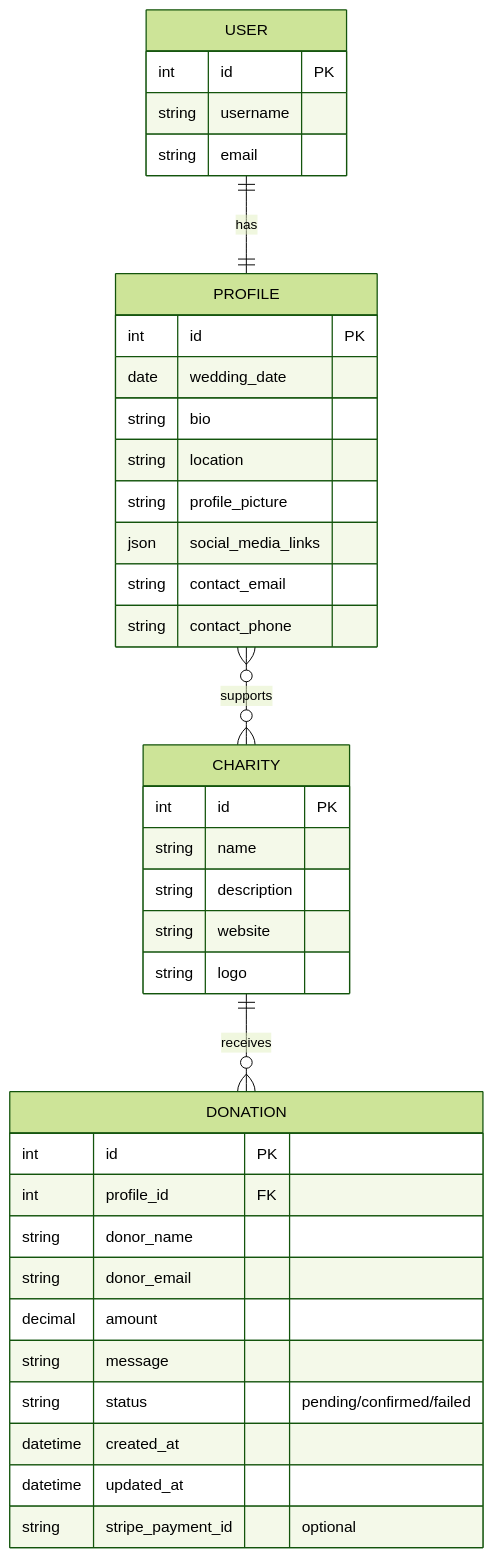
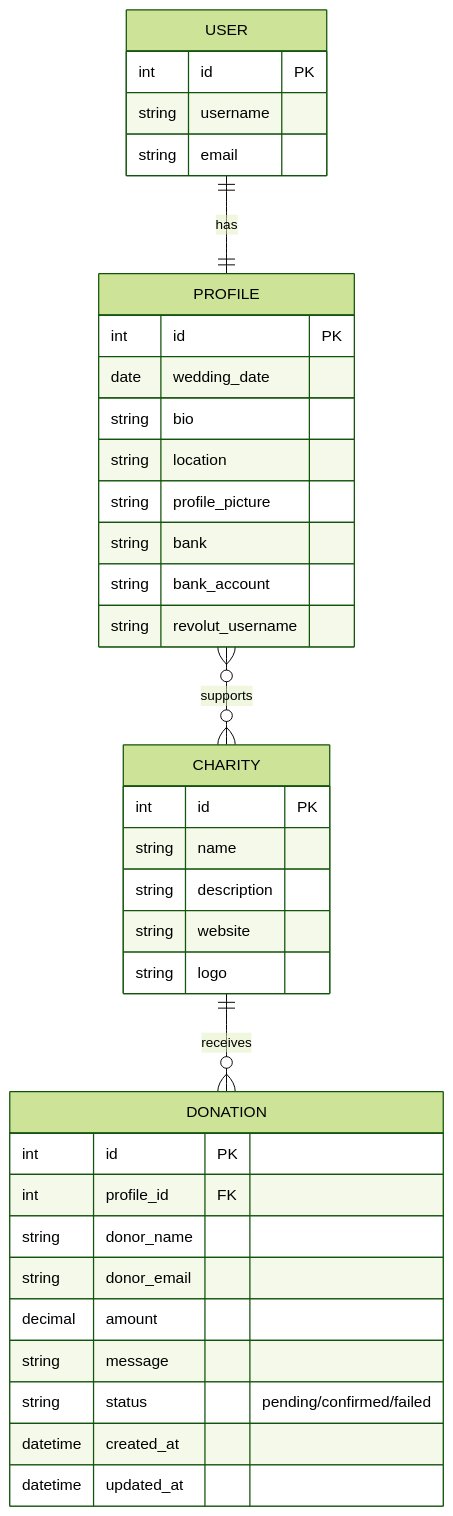
One commit to alanmaizon/love changed the first of 3 diagrams in README.md. Above: the diagram before and after it, drawn with Mermaid (forest theme).

````diff
--- a/README.md
+++ b/README.md
@@ -111,41 +111,40 @@
 ```mermaid
 erDiagram
     USER {
       int id PK
       string username
       string email
     }
     PROFILE {
       int id PK
       date wedding_date
       string bio
       string location
       string profile_picture
-      json social_media_links
-      string contact_email
-      string contact_phone
+      string bank
+      string bank_account
+      string revolut_username
     }
     CHARITY {
       int id PK
       string name
       string description
       string website
       string logo
     }
     DONATION {
       int id PK
       int profile_id FK
       string donor_name
       string donor_email
       decimal amount
       string message
       string status "pending/confirmed/failed"
       datetime created_at
       datetime updated_at
-      string stripe_payment_id "optional"
     }
     
     USER ||--|| PROFILE : "has"
     PROFILE }o--o{ CHARITY : "supports"
     CHARITY ||--o{ DONATION : "receives"
 ```
````
